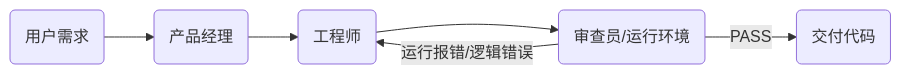
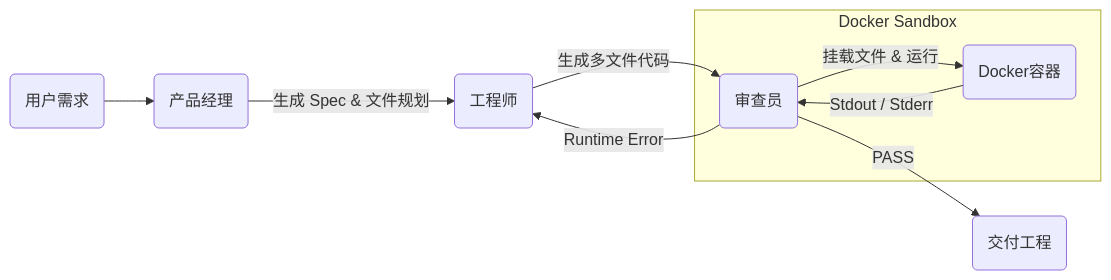
The diagram in README.md (kuangxiaoc/meta-dev-team), drawn with Mermaid before and after one commit. The commit also changed other lines of this file and 11 other files, not shown here.

````diff
--- a/README.md
+++ b/README.md
@@ -31,8 +37,14 @@
 ```mermaid
 graph LR
     User(用户需求) --> PM(产品经理)
-    PM --> Coder(工程师)
-    Coder --> Reviewer(审查员/运行环境)
-    Reviewer -- "运行报错/逻辑错误" --> Coder
-    Reviewer -- "PASS" --> End(交付代码)
+    PM -- "生成 Spec & 文件规划" --> Coder(工程师)
+    Coder -- "生成多文件代码" --> Reviewer(审查员)
+    
+    subgraph Docker Sandbox
+        Reviewer -- "挂载文件 & 运行" --> Container(Docker容器)
+        Container -- "Stdout / Stderr" --> Reviewer
+    end
+    
+    Reviewer -- "Runtime Error" --> Coder
+    Reviewer -- "PASS" --> End(交付工程)
 ```
````
